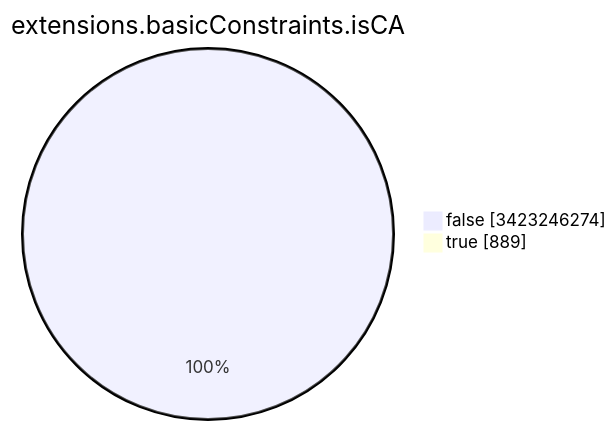
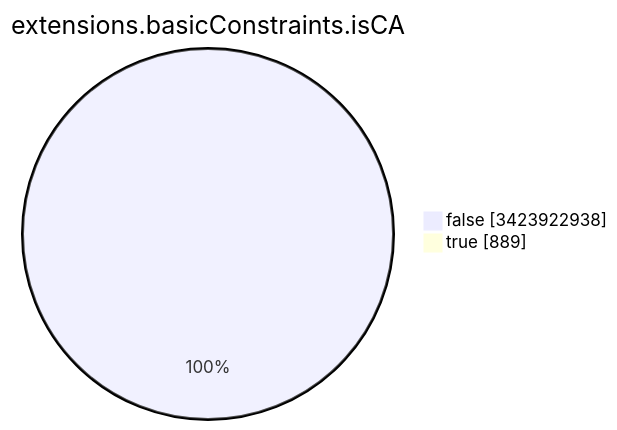
Before and after one commit to christiankrug/ctmonitor_visualization: the seventh of 15 diagrams in TOTAL/README.md, drawn with Mermaid. The commit also changed other lines of this file, not shown here.

````diff
--- a/TOTAL/README.md
+++ b/TOTAL/README.md
@@ -3092,6 +3092,6 @@
 ```mermaid
 pie showData
 title extensions.basicConstraints.isCA
-"false" :3423246274
+"false" :3423922938
 "true" :889
 ```
````
